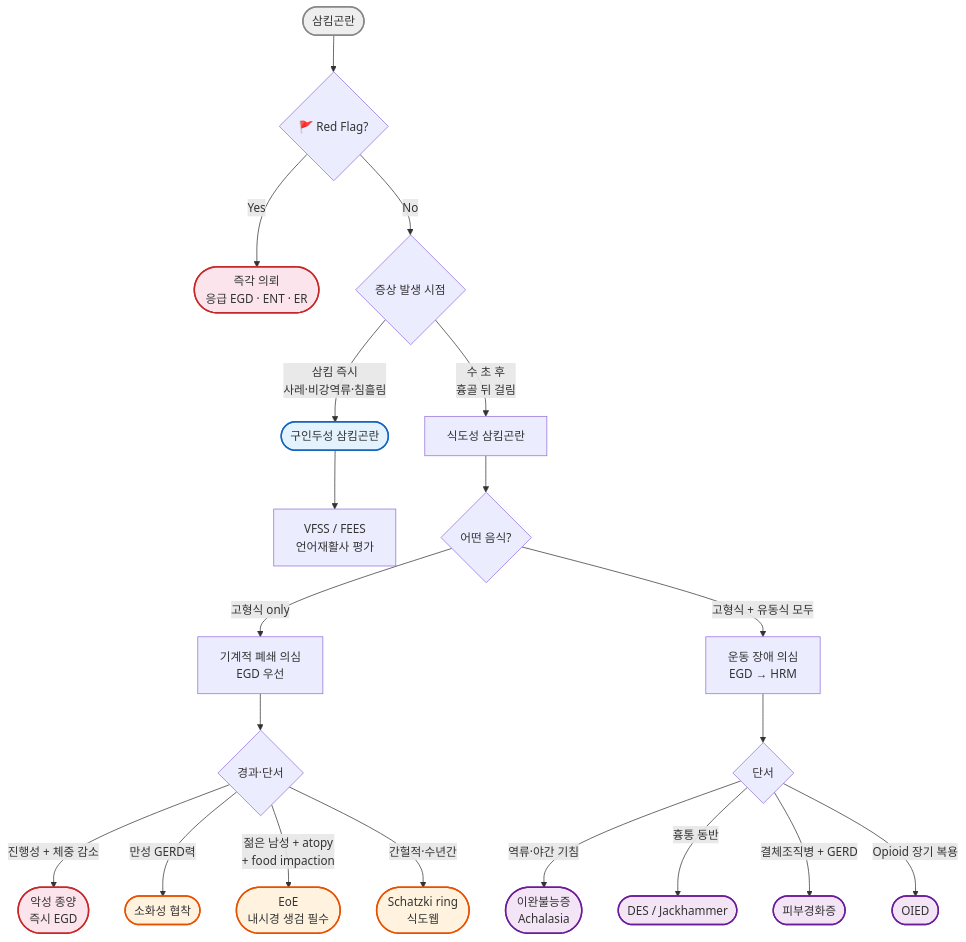
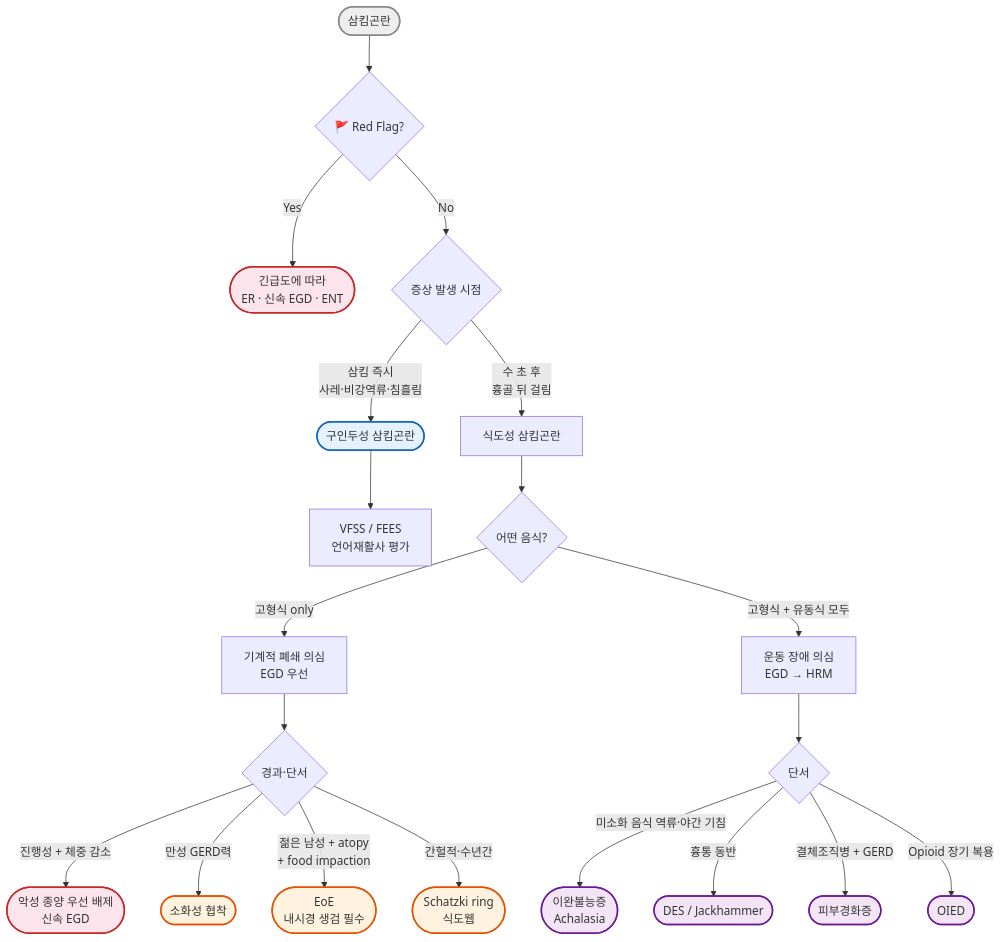
Before and after one commit to familyoh77/familyoh77: the diagram in 224_/077_-dysphagia.md, drawn with Mermaid. The commit also changed other lines of this file and 15 other files, not shown here.

````diff
--- a/224_/077_-dysphagia.md
+++ b/224_/077_-dysphagia.md
@@ -159,39 +183,39 @@
 ```mermaid
 flowchart TD
     A([삼킴곤란]) --> B{🚩 Red Flag?}
-    B -->|Yes| C([즉각 의뢰<br/>응급 EGD · ENT · ER])
+    B -->|Yes| C([긴급도에 따라<br/>ER · 신속 EGD · ENT])
 
     B -->|No| D{증상 발생 시점}
 
     D -->|삼킴 즉시<br/>사레·비강역류·침흘림| E([구인두성 삼킴곤란])
     E --> F[VFSS / FEES<br/>언어재활사 평가]
 
     D -->|수 초 후<br/>흉골 뒤 걸림| G[식도성 삼킴곤란]
     G --> H{어떤 음식?}
 
     H -->|고형식 only| I[기계적 폐쇄 의심<br/>EGD 우선]
     I --> J{경과·단서}
-    J -->|진행성 + 체중 감소| K([악성 종양<br/>즉시 EGD])
+    J -->|진행성 + 체중 감소| K([악성 종양 우선 배제<br/>신속 EGD])
     J -->|만성 GERD력| L([소화성 협착])
     J -->|젊은 남성 + atopy<br/>+ food impaction| M([EoE<br/>내시경 생검 필수])
     J -->|간헐적·수년간| N([Schatzki ring<br/>식도웹])
 
     H -->|고형식 + 유동식 모두| O[운동 장애 의심<br/>EGD → HRM]
     O --> P{단서}
-    P -->|역류·야간 기침| Q([이완불능증<br/>Achalasia])
+    P -->|미소화 음식 역류·야간 기침| Q([이완불능증<br/>Achalasia])
     P -->|흉통 동반| R([DES / Jackhammer])
     P -->|결체조직병 + GERD| S([피부경화증])
     P -->|Opioid 장기 복용| T([OIED])
 
     style A fill:#eeeeee,stroke:#888888,stroke-width:2px
     style C fill:#fce4ec,stroke:#c62828,stroke-width:2px
     style E fill:#e3f2fd,stroke:#1565c0,stroke-width:2px
     style K fill:#fce4ec,stroke:#c62828,stroke-width:2px
     style L fill:#fff3e0,stroke:#e65100,stroke-width:2px
     style M fill:#fff3e0,stroke:#e65100,stroke-width:2px
     style N fill:#fff3e0,stroke:#e65100,stroke-width:2px
     style Q fill:#f3e5f5,stroke:#6a1b9a,stroke-width:2px
     style R fill:#f3e5f5,stroke:#6a1b9a,stroke-width:2px
     style S fill:#f3e5f5,stroke:#6a1b9a,stroke-width:2px
     style T fill:#f3e5f5,stroke:#6a1b9a,stroke-width:2px
 ```
````
